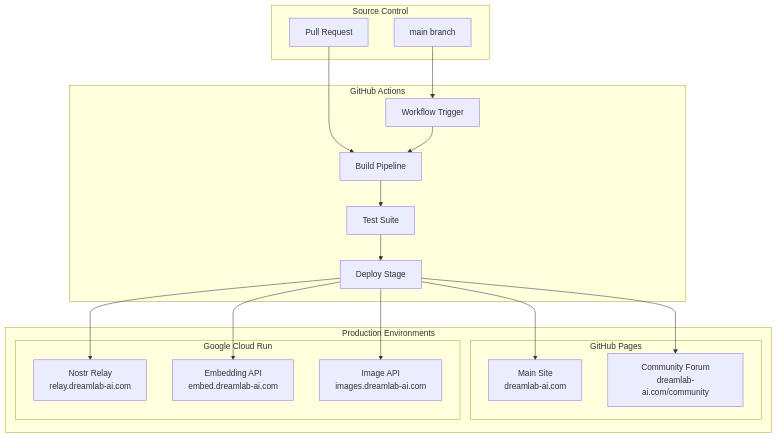
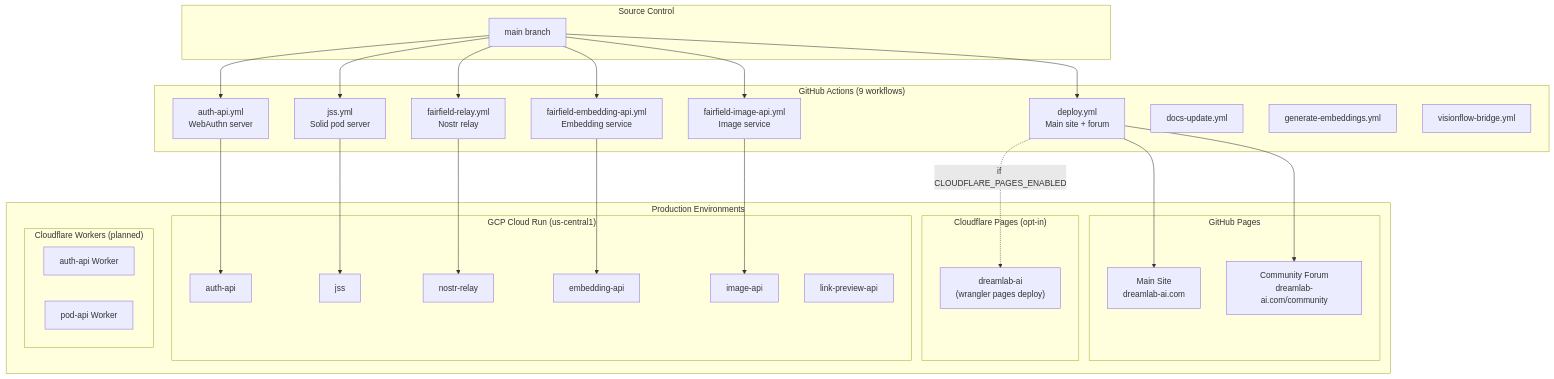
One commit to DreamLab-AI/dreamlab-ai-website changed the first of 5 diagrams in docs/architecture/DEPLOYMENT.md. Above: the diagram before and after it, drawn with Mermaid. The commit also changed other lines of this file and 49 other files, not shown here.

````diff
--- a/docs/architecture/DEPLOYMENT.md
+++ b/docs/architecture/DEPLOYMENT.md
@@ -15,39 +15,59 @@
 ```mermaid
 graph TB
     subgraph Source["Source Control"]
         Main["main branch"]
-        PR["Pull Request"]
     end
 
-    subgraph CI["GitHub Actions"]
-        Trigger["Workflow Trigger"]
-        Build["Build Pipeline"]
-        Test["Test Suite"]
-        Deploy["Deploy Stage"]
+    subgraph Workflows["GitHub Actions (9 workflows)"]
+        Deploy["deploy.yml<br/>Main site + forum"]
+        AuthDeploy["auth-api.yml<br/>WebAuthn server"]
+        JSSDeploy["jss.yml<br/>Solid pod server"]
+        RelayDeploy["fairfield-relay.yml<br/>Nostr relay"]
+        EmbedDeploy["fairfield-embedding-api.yml<br/>Embedding service"]
+        ImageDeploy["fairfield-image-api.yml<br/>Image service"]
+        DocsDeploy["docs-update.yml"]
+        EmbedGen["generate-embeddings.yml"]
+        Bridge["visionflow-bridge.yml"]
     end
 
     subgraph Production["Production Environments"]
         subgraph GHPages["GitHub Pages"]
             MainSite["Main Site<br/>dreamlab-ai.com"]
             Community["Community Forum<br/>dreamlab-ai.com/community"]
         end
 
-        subgraph GCP["Google Cloud Run"]
-            Relay["Nostr Relay<br/>relay.dreamlab-ai.com"]
-            EmbedAPI["Embedding API<br/>embed.dreamlab-ai.com"]
-            ImageAPI["Image API<br/>images.dreamlab-ai.com"]
+        subgraph CFPages["Cloudflare Pages (opt-in)"]
+            CFSite["dreamlab-ai<br/>(wrangler pages deploy)"]
+        end
+
+        subgraph GCP["GCP Cloud Run (us-central1)"]
+            AuthSvc["auth-api"]
+            JSSSvc["jss"]
+            RelaySvc["nostr-relay"]
+            EmbedSvc["embedding-api"]
+            ImageSvc["image-api"]
+            LinkSvc["link-preview-api"]
+        end
+
+        subgraph CF["Cloudflare Workers (planned)"]
+            CFAuth["auth-api Worker"]
+            CFPod["pod-api Worker"]
         end
     end
 
-    Main --> Trigger
-    PR --> Build
-    Trigger --> Build
-    Build --> Test
-    Test --> Deploy
+    Main --> Deploy
+    Main --> AuthDeploy
+    Main --> JSSDeploy
+    Main --> RelayDeploy
+    Main --> EmbedDeploy
+    Main --> ImageDeploy
 
     Deploy --> MainSite
     Deploy --> Community
-    Deploy --> Relay
-    Deploy --> EmbedAPI
-    Deploy --> ImageAPI
+    Deploy -.->|if CLOUDFLARE_PAGES_ENABLED| CFSite
+    AuthDeploy --> AuthSvc
+    JSSDeploy --> JSSSvc
+    RelayDeploy --> RelaySvc
+    EmbedDeploy --> EmbedSvc
+    ImageDeploy --> ImageSvc
 ```
````
